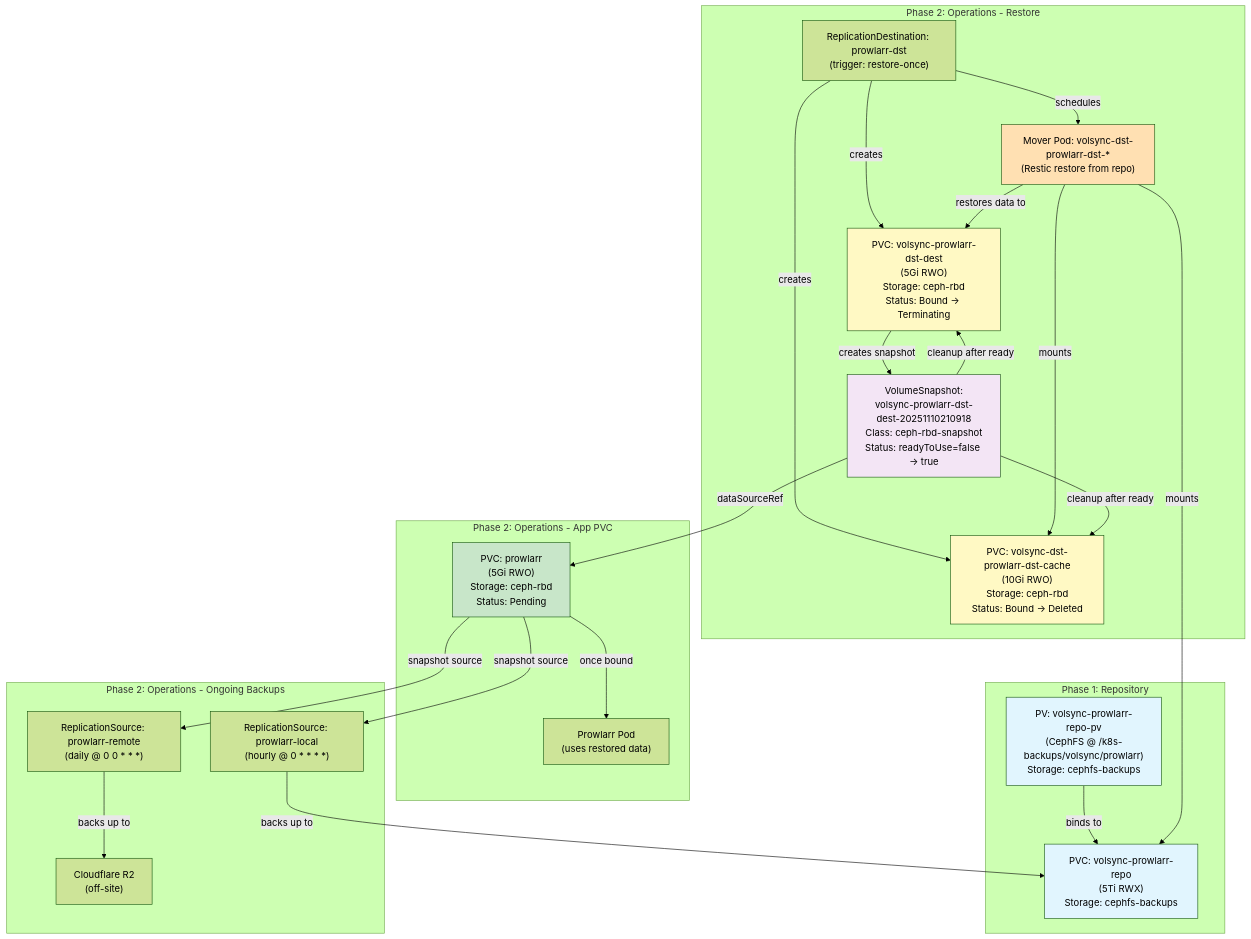
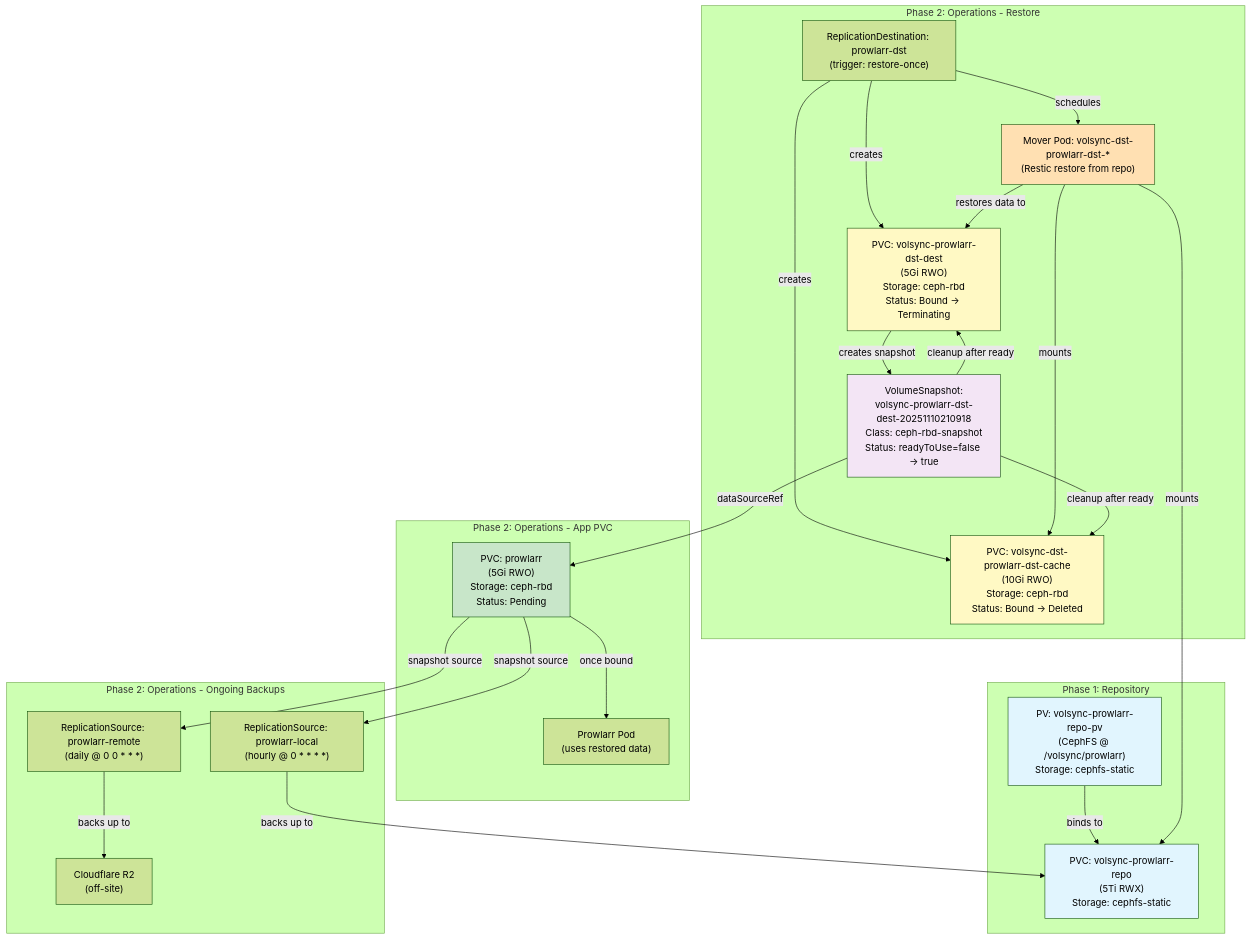
One commit to dapperdivers/dapper-cluster changed the diagram in kubernetes/flux/components/volsync/ARCHITECTURE.md. Above: the diagram before and after it, drawn with Mermaid (forest theme). The commit also changed other lines of this file and 11 other files, not shown here.

````diff
--- a/kubernetes/flux/components/volsync/ARCHITECTURE.md
+++ b/kubernetes/flux/components/volsync/ARCHITECTURE.md
@@ -7,57 +7,57 @@
 ```mermaid
 graph TB
     subgraph "Phase 1: Repository"
-        RepoPV["PV: volsync-prowlarr-repo-pv<br/>(CephFS @ /k8s-backups/volsync/prowlarr)<br/>Storage: cephfs-backups"]
-        RepoPVC["PVC: volsync-prowlarr-repo<br/>(5Ti RWX)<br/>Storage: cephfs-backups"]
+        RepoPV["PV: volsync-prowlarr-repo-pv<br/>(CephFS @ /volsync/prowlarr)<br/>Storage: cephfs-static"]
+        RepoPVC["PVC: volsync-prowlarr-repo<br/>(5Ti RWX)<br/>Storage: cephfs-static"]
         RepoPV -->|binds to| RepoPVC
     end
 
     subgraph "Phase 2: Operations - Restore"
         RD["ReplicationDestination: prowlarr-dst<br/>(trigger: restore-once)"]
 
         CachePVC["PVC: volsync-dst-prowlarr-dst-cache<br/>(10Gi RWO)<br/>Storage: ceph-rbd<br/>Status: Bound → Deleted"]
 
         DestPVC["PVC: volsync-prowlarr-dst-dest<br/>(5Gi RWO)<br/>Storage: ceph-rbd<br/>Status: Bound → Terminating"]
 
         MoverPod["Mover Pod: volsync-dst-prowlarr-dst-*<br/>(Restic restore from repo)"]
 
         Snapshot["VolumeSnapshot:<br/>volsync-prowlarr-dst-dest-20251110210918<br/>Class: ceph-rbd-snapshot<br/>Status: readyToUse=false → true"]
 
         RD -->|creates| CachePVC
         RD -->|creates| DestPVC
         RD -->|schedules| MoverPod
         MoverPod -->|mounts| RepoPVC
         MoverPod -->|mounts| CachePVC
         MoverPod -->|restores data to| DestPVC
         DestPVC -->|creates snapshot| Snapshot
         Snapshot -->|cleanup after ready| DestPVC
         Snapshot -->|cleanup after ready| CachePVC
     end
 
     subgraph "Phase 2: Operations - App PVC"
         AppPVC["PVC: prowlarr<br/>(5Gi RWO)<br/>Storage: ceph-rbd<br/>Status: Pending"]
 
         Snapshot -->|dataSourceRef| AppPVC
 
         AppPVC -->|once bound| ProwlarrPod["Prowlarr Pod<br/>(uses restored data)"]
     end
 
     subgraph "Phase 2: Operations - Ongoing Backups"
         LocalRS["ReplicationSource: prowlarr-local<br/>(hourly @ 0 * * * *)"]
         RemoteRS["ReplicationSource: prowlarr-remote<br/>(daily @ 0 0 * * *)"]
 
         AppPVC -->|snapshot source| LocalRS
         AppPVC -->|snapshot source| RemoteRS
 
         LocalRS -->|backs up to| RepoPVC
         RemoteRS -->|backs up to| R2["Cloudflare R2<br/>(off-site)"]
     end
 
     style RepoPV fill:#e1f5fe
     style RepoPVC fill:#e1f5fe
     style DestPVC fill:#fff9c4
     style CachePVC fill:#fff9c4
     style Snapshot fill:#f3e5f5
     style AppPVC fill:#c8e6c9
     style MoverPod fill:#ffe0b2
 ```
````
